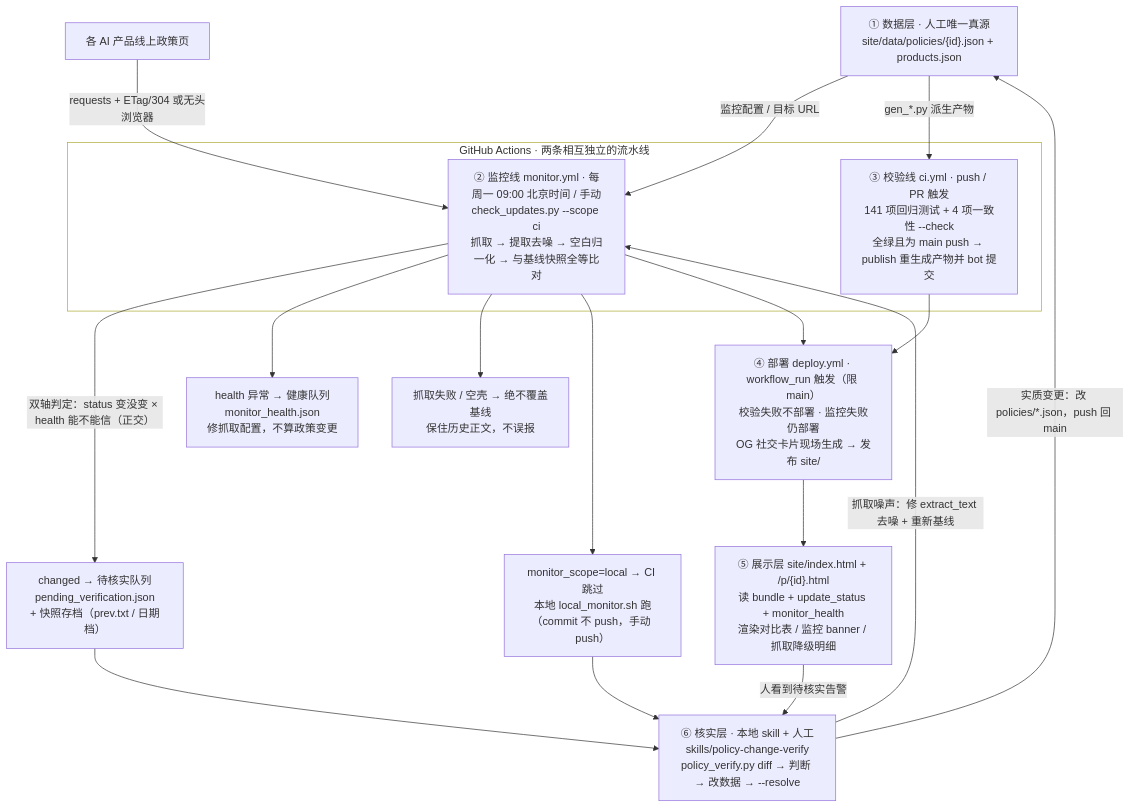
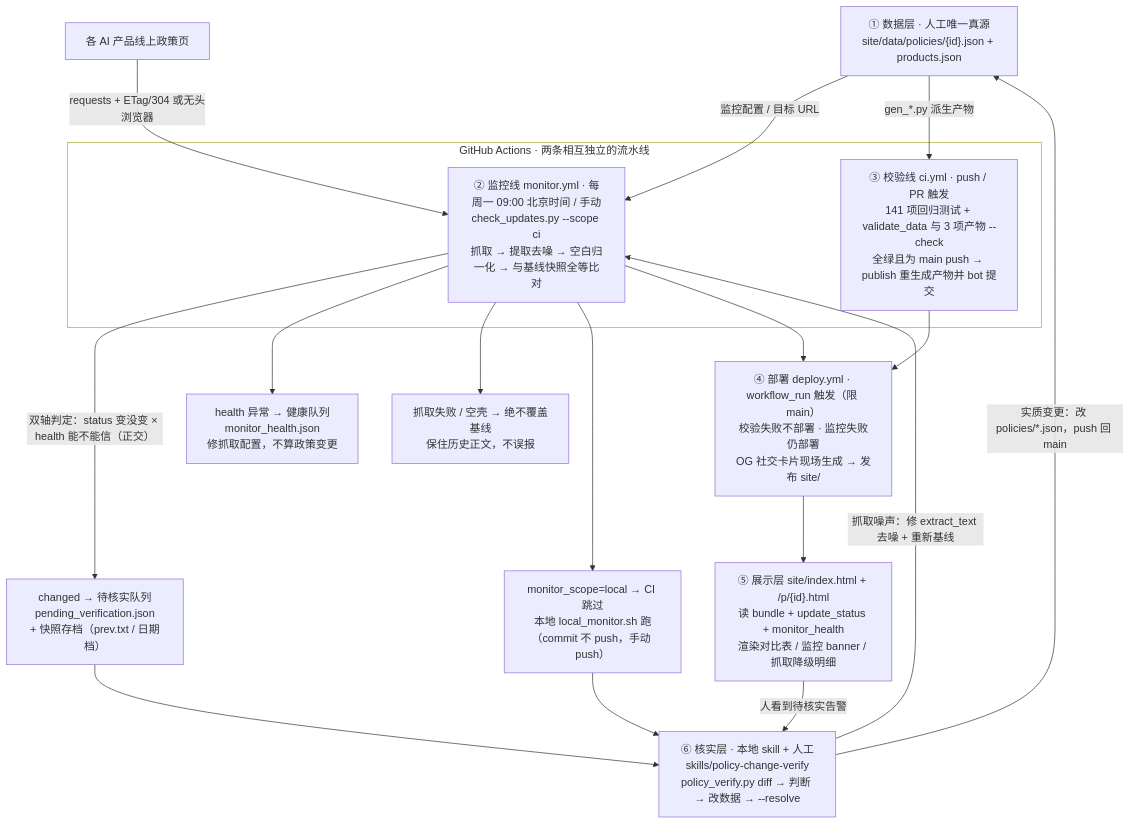
One commit to 838860610/ai-policy-tracker changed the diagram in docs/architecture.md. Above: the diagram before and after it, drawn with Mermaid. The commit also changed 8 other files, not shown here.

First line of the commit message:
docs: 架构流程图与全部文档按代码现状同步（3 轮程序化核验通过）

````diff
--- a/docs/architecture.md
+++ b/docs/architecture.md
@@ -9,39 +9,39 @@
 ```mermaid
 flowchart TD
     SRC["① 数据层 · 人工唯一真源<br/>site/data/policies/{id}.json + products.json"]
     PAGES["各 AI 产品线上政策页"]
 
     subgraph ACTIONS["GitHub Actions · 两条相互独立的流水线"]
         MON["② 监控线 monitor.yml · 每周一 09:00 北京时间 / 手动<br/>check_updates.py --scope ci<br/>抓取 → 提取去噪 → 空白归一化 → 与基线快照全等比对"]
-        CI["③ 校验线 ci.yml · push / PR 触发<br/>141 项回归测试 + 4 项一致性 --check<br/>全绿且为 main push → publish 重生成产物并 bot 提交"]
+        CI["③ 校验线 ci.yml · push / PR 触发<br/>141 项回归测试 + validate_data 与 3 项产物 --check<br/>全绿且为 main push → publish 重生成产物并 bot 提交"]
     end
 
     B1["changed → 待核实队列<br/>pending_verification.json<br/>+ 快照存档（prev.txt / 日期档）"]
     B2["health 异常 → 健康队列<br/>monitor_health.json<br/>修抓取配置，不算政策变更"]
     B3["抓取失败 / 空壳 → 绝不覆盖基线<br/>保住历史正文，不误报"]
     B4["monitor_scope=local → CI 跳过<br/>本地 local_monitor.sh 跑<br/>（commit 不 push，手动 push）"]
 
     DEPLOY["④ 部署 deploy.yml · workflow_run 触发（限 main）<br/>校验失败不部署 · 监控失败仍部署<br/>OG 社交卡片现场生成 → 发布 site/"]
     SITE["⑤ 展示层 site/index.html + /p/{id}.html<br/>读 bundle + update_status + monitor_health<br/>渲染对比表 / 监控 banner / 抓取降级明细"]
     VERIFY["⑥ 核实层 · 本地 skill + 人工<br/>skills/policy-change-verify<br/>policy_verify.py diff → 判断 → 改数据 → --resolve"]
 
     PAGES -->|"requests + ETag/304 或无头浏览器"| MON
     SRC -->|"监控配置 / 目标 URL"| MON
     SRC -->|"gen_*.py 派生产物"| CI
 
     MON -->|"双轴判定：status 变没变 × health 能不能信（正交）"| B1
     MON --> B2
     MON --> B3
     MON --> B4
 
     B1 --> VERIFY
     B4 --> VERIFY
     MON --> DEPLOY
     CI --> DEPLOY
     DEPLOY --> SITE
     SITE -->|"人看到待核实告警"| VERIFY
     VERIFY -->|"实质变更：改 policies/*.json，push 回 main"| SRC
     VERIFY -->|"抓取噪声：修 extract_text 去噪 + 重新基线"| MON
 
     style ACTIONS fill:none
 ```
````
